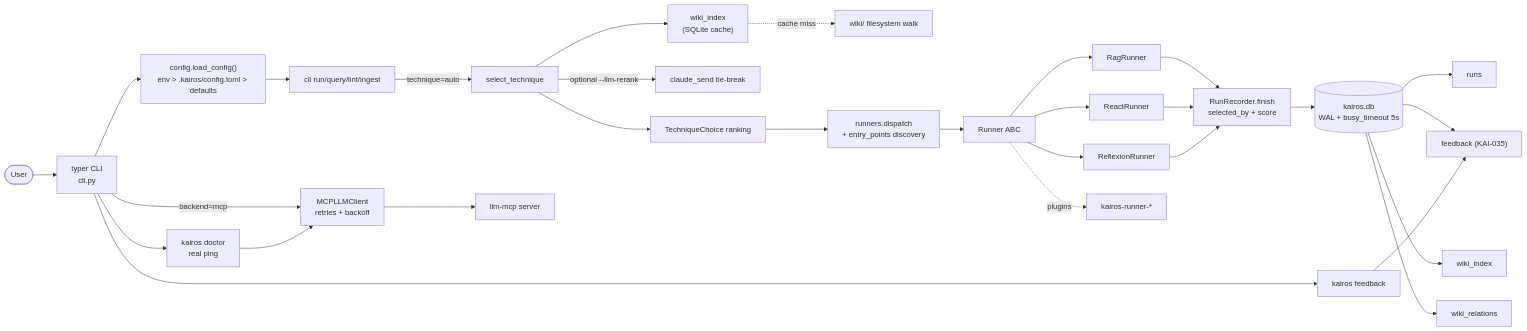
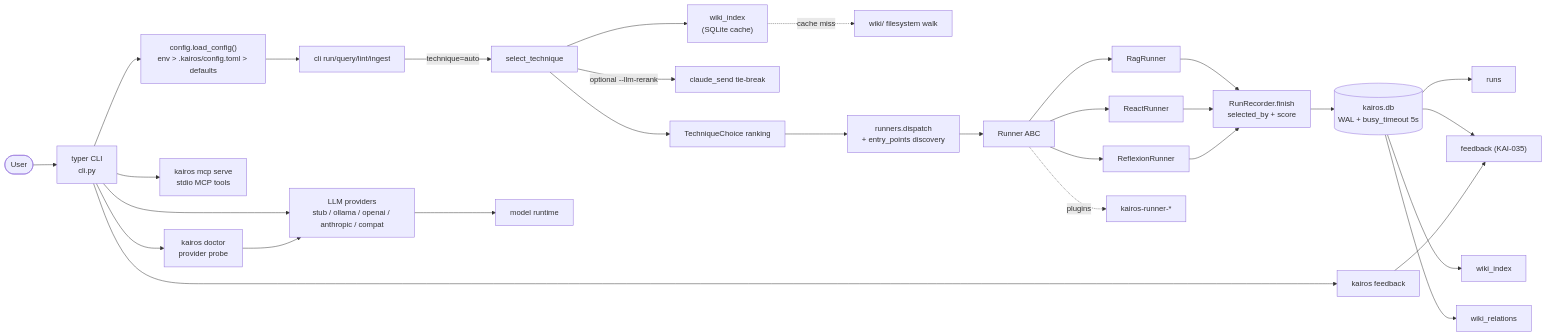
One commit to vinothhacks/kairos changed the diagram in README.md. Above: the diagram before and after it, drawn with Mermaid. The commit also changed other lines of this file and 59 other files, not shown here.

Commit message:
release: v0.4.0 direct backends and MCP server

````diff
--- a/README.md
+++ b/README.md
@@ -113,34 +110,35 @@
 ```mermaid
 flowchart LR
     User([User]) --> CLI["typer CLI<br/>cli.py"]
     CLI --> Cfg["config.load_config()<br/>env > .kairos/config.toml > defaults"]
     Cfg --> RunCmd["cli run/query/lint/ingest"]
 
     RunCmd -->|technique=auto| Selector["select_technique"]
     Selector --> Idx["wiki_index<br/>(SQLite cache)"]
     Idx -.cache miss.-> FS["wiki/ filesystem walk"]
     Selector -->|optional --llm-rerank| Rerank["claude_send tie-break"]
     Selector --> Rank["TechniqueChoice ranking"]
 
     Rank --> Disp["runners.dispatch<br/>+ entry_points discovery"]
     Disp --> ABC["Runner ABC"]
     ABC --> RAG["RagRunner"]
     ABC --> ReA["ReactRunner"]
     ABC --> Refl["ReflexionRunner"]
     ABC -.plugins.-> Plug["kairos-runner-*"]
 
     RAG --> Rec["RunRecorder.finish<br/>selected_by + score"]
     ReA --> Rec
     Refl --> Rec
 
     Rec --> DB[("kairos.db<br/>WAL + busy_timeout 5s")]
     DB --> Runs["runs"]
     DB --> FB["feedback (KAI-035)"]
     DB --> WI["wiki_index"]
     DB --> WR["wiki_relations"]
 
-    CLI -->|backend=mcp| MCP["MCPLLMClient<br/>retries + backoff"]
-    MCP --> LLM["llm-mcp server"]
-    CLI --> Doc["kairos doctor<br/>real ping"] --> MCP
+    CLI --> Providers["LLM providers<br/>stub / ollama / openai / anthropic / compat"]
+    Providers --> LLM["model runtime"]
+    CLI --> MCPServer["kairos mcp serve<br/>stdio MCP tools"]
+    CLI --> Doc["kairos doctor<br/>provider probe"] --> Providers
     CLI --> FBcmd["kairos feedback"] --> FB
 ```
````
